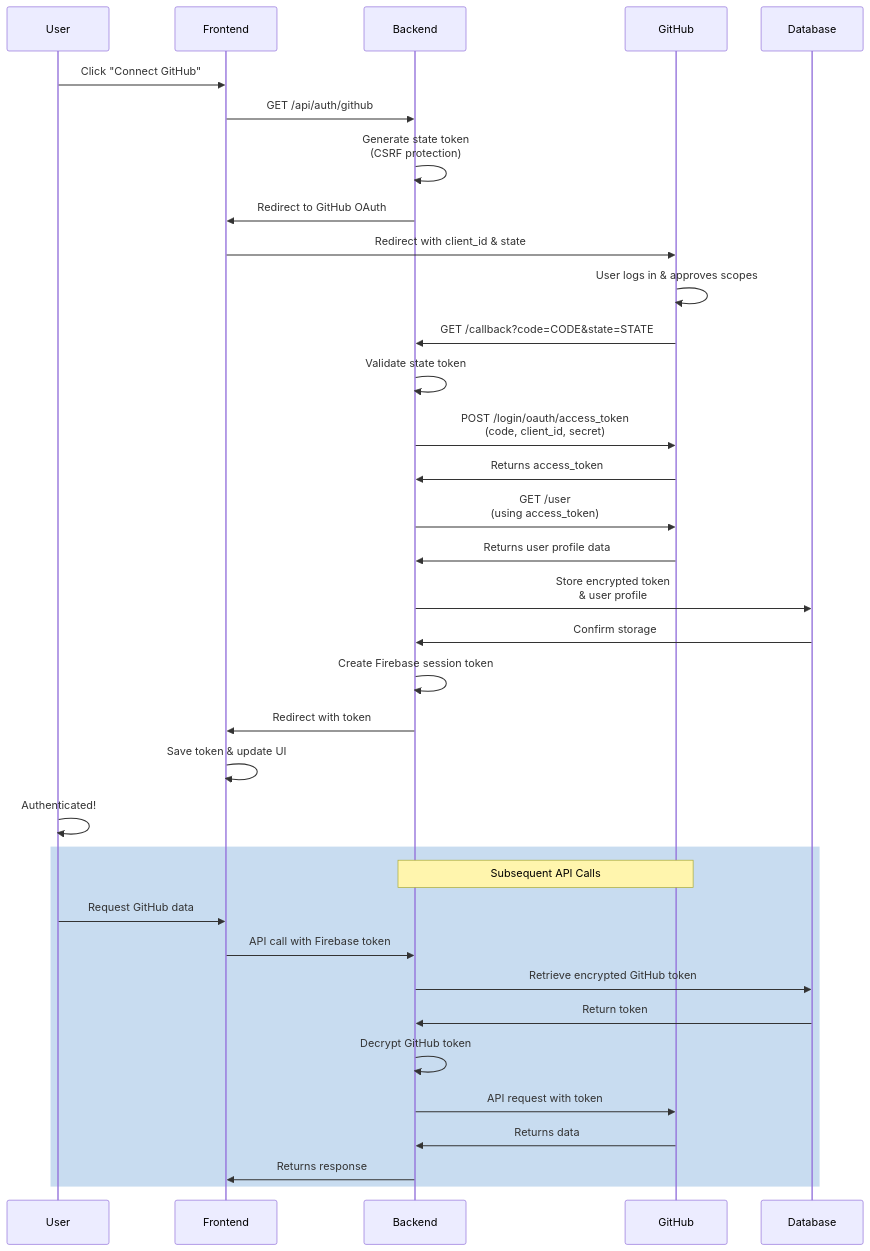
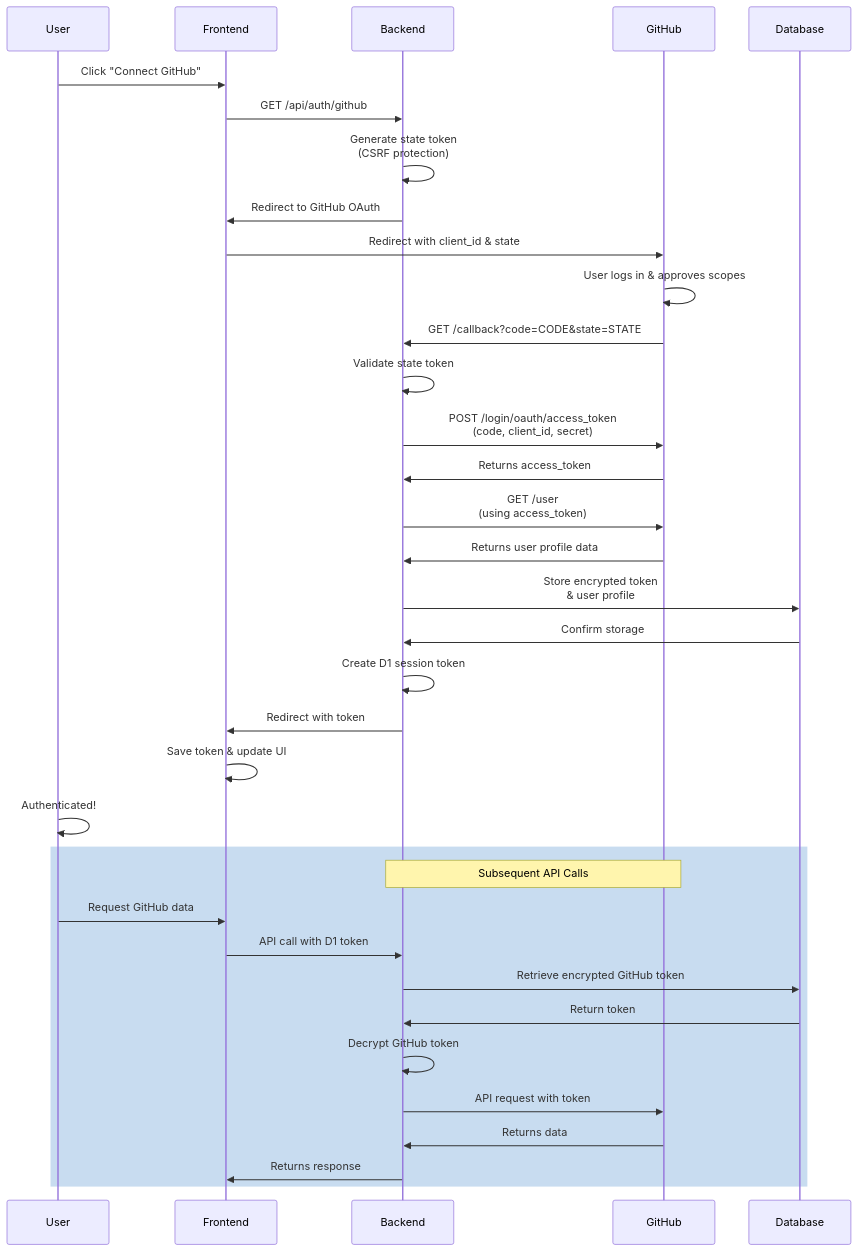
Before and after one commit to anurag3407/career-pilot: the diagram in docs/github-intelligence.md, drawn with Mermaid. The commit also changed other lines of this file and 33 other files, not shown here.

First line of the commit message:
docs: align documentation with Cloudflare D1 architecture

````diff
--- a/docs/github-intelligence.md
+++ b/docs/github-intelligence.md
@@ -1540,45 +1562,45 @@
 ```mermaid
 sequenceDiagram
     participant User
     participant Frontend
     participant Backend
     participant GitHub
     participant Database
 
     User->>Frontend: Click "Connect GitHub"
     Frontend->>Backend: GET /api/auth/github
     Backend->>Backend: Generate state token<br/>(CSRF protection)
     Backend->>Frontend: Redirect to GitHub OAuth
     Frontend->>GitHub: Redirect with client_id & state
 
     GitHub->>GitHub: User logs in & approves scopes
     GitHub->>Backend: GET /callback?code=CODE&state=STATE
 
     Backend->>Backend: Validate state token
     Backend->>GitHub: POST /login/oauth/access_token<br/>(code, client_id, secret)
     GitHub->>Backend: Returns access_token
 
     Backend->>GitHub: GET /user<br/>(using access_token)
     GitHub->>Backend: Returns user profile data
 
     Backend->>Database: Store encrypted token<br/>& user profile
     Database->>Backend: Confirm storage
 
-    Backend->>Backend: Create Firebase session token
+    Backend->>Backend: Create D1 session token
     Backend->>Frontend: Redirect with token
     Frontend->>Frontend: Save token & update UI
 
     User->>User: Authenticated!
 
     rect rgb(200, 220, 240)
     Note over Backend,GitHub: Subsequent API Calls
     User->>Frontend: Request GitHub data
-    Frontend->>Backend: API call with Firebase token
+    Frontend->>Backend: API call with D1 token
     Backend->>Database: Retrieve encrypted GitHub token
     Database->>Backend: Return token
     Backend->>Backend: Decrypt GitHub token
     Backend->>GitHub: API request with token
     GitHub->>Backend: Returns data
     Backend->>Frontend: Returns response
     end
 ```
````
